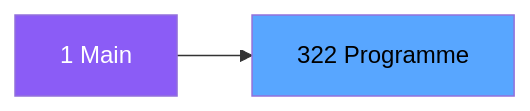
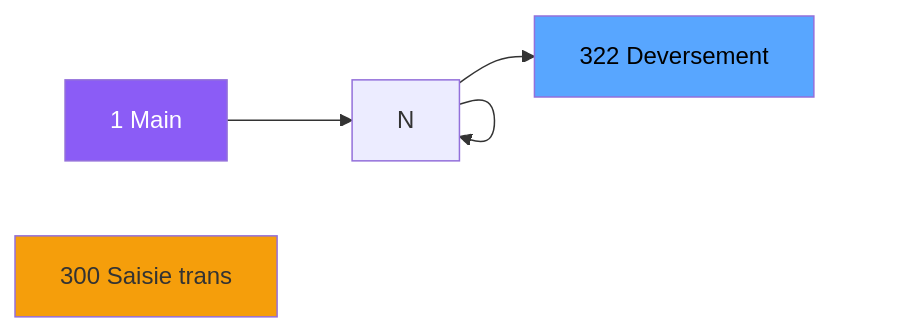
The second of 3 diagrams in .openspec/specs/ADH-IDE-322.md (thonyAGP/magic-migration), drawn with Mermaid before and after one commit. The commit also changed other lines of this file and 323 other files, not shown here.

````diff
--- a/.openspec/specs/ADH-IDE-322.md
+++ b/.openspec/specs/ADH-IDE-322.md
@@ -114,8 +140,13 @@
 ```mermaid
 graph LR
     M[1 Main]
-    T[322 Programme]
-    M --> T
+    N300[300 Saisie trans]
+    T[322 Deversement ]
+    M --> N
+    N --> N
+    N --> N
+    N --> T
     style M fill:#8b5cf6,color:#fff
+    style N300 fill:#f59e0b
     style T fill:#58a6ff,color:#000
 ```
````
